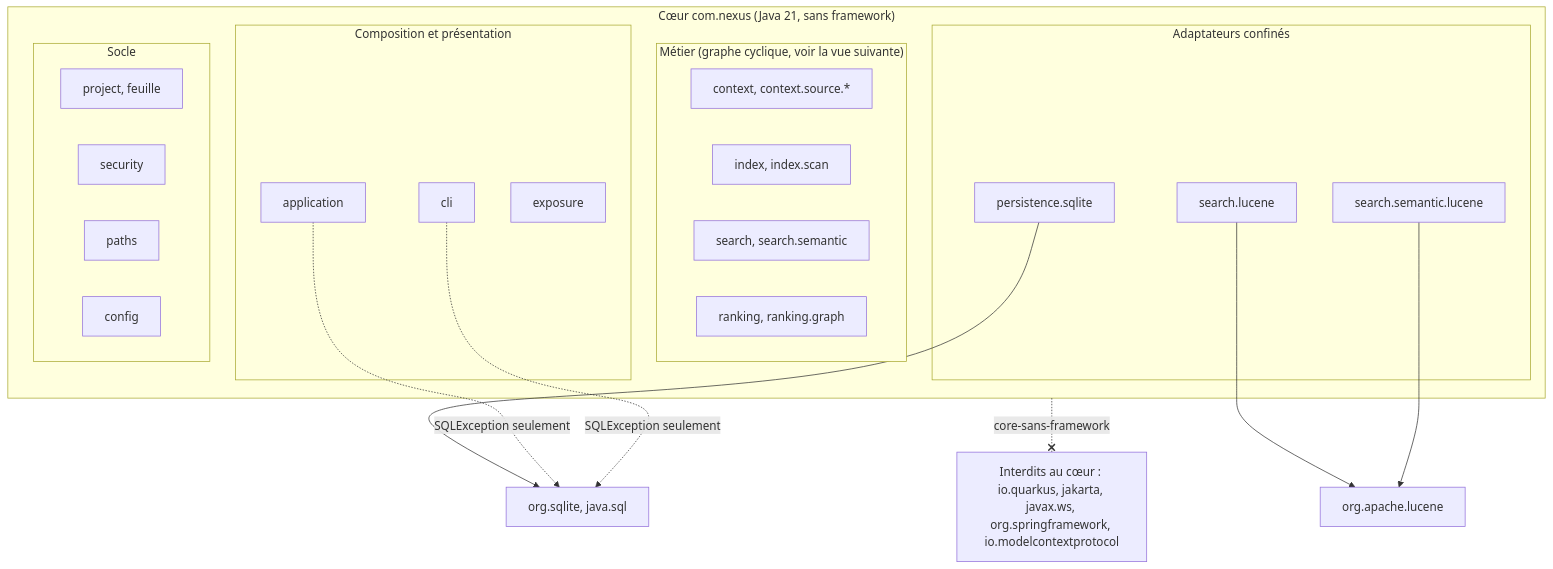
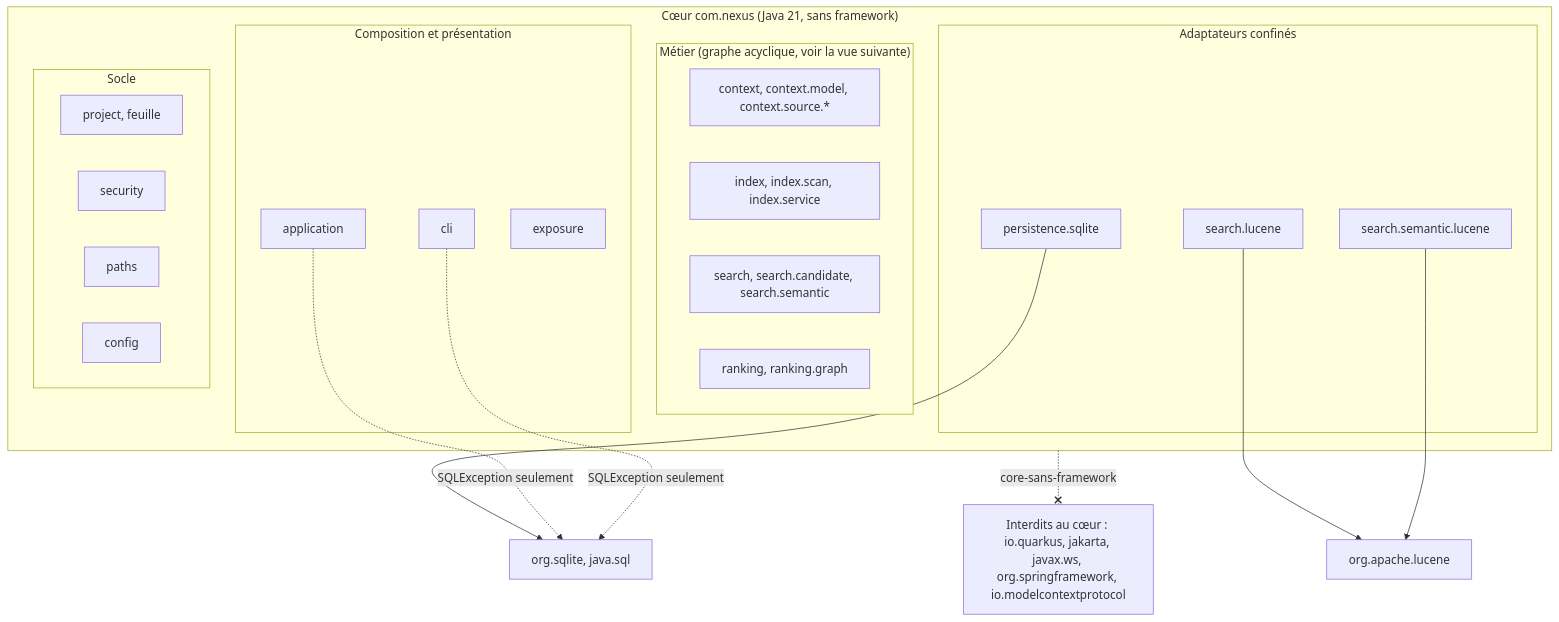
Before and after one commit to FTurleque/nexus-context-engine: the first of 3 diagrams in docs/developer/architecture-implementation.md, drawn with Mermaid. The commit also changed other lines of this file and 8 other files, not shown here.

First line of the commit message:
docs(architecture): vue des packages du coeur et règles de sens (AUD-ARC-01)

````diff
--- a/docs/developer/architecture-implementation.md
+++ b/docs/developer/architecture-implementation.md
@@ -281,38 +289,38 @@
 ```mermaid
 flowchart TB
     FW["Interdits au cœur : io.quarkus, jakarta, javax.ws, org.springframework, io.modelcontextprotocol"]
     JDBC["org.sqlite, java.sql"]
     LUC["org.apache.lucene"]
 
     subgraph Coeur["Cœur com.nexus (Java 21, sans framework)"]
         subgraph Facade["Composition et présentation"]
             application["application"]
             cli["cli"]
             exposure["exposure"]
         end
-        subgraph Metier["Métier (graphe cyclique, voir la vue suivante)"]
-            context["context, context.source.*"]
-            index["index, index.scan"]
-            search["search, search.semantic"]
+        subgraph Metier["Métier (graphe acyclique, voir la vue suivante)"]
+            context["context, context.model, context.source.*"]
+            index["index, index.scan, index.service"]
+            search["search, search.candidate, search.semantic"]
             ranking["ranking, ranking.graph"]
         end
         subgraph Confines["Adaptateurs confinés"]
             sqlite["persistence.sqlite"]
             lucene["search.lucene"]
             semlucene["search.semantic.lucene"]
         end
         subgraph Socle["Socle"]
             project["project, feuille"]
             security["security"]
             paths["paths"]
             config["config"]
         end
     end
 
     sqlite --> JDBC
     lucene --> LUC
     semlucene --> LUC
     application -.->|SQLException seulement| JDBC
     cli -.->|SQLException seulement| JDBC
     Coeur -.-x|core-sans-framework| FW
 ```
````
